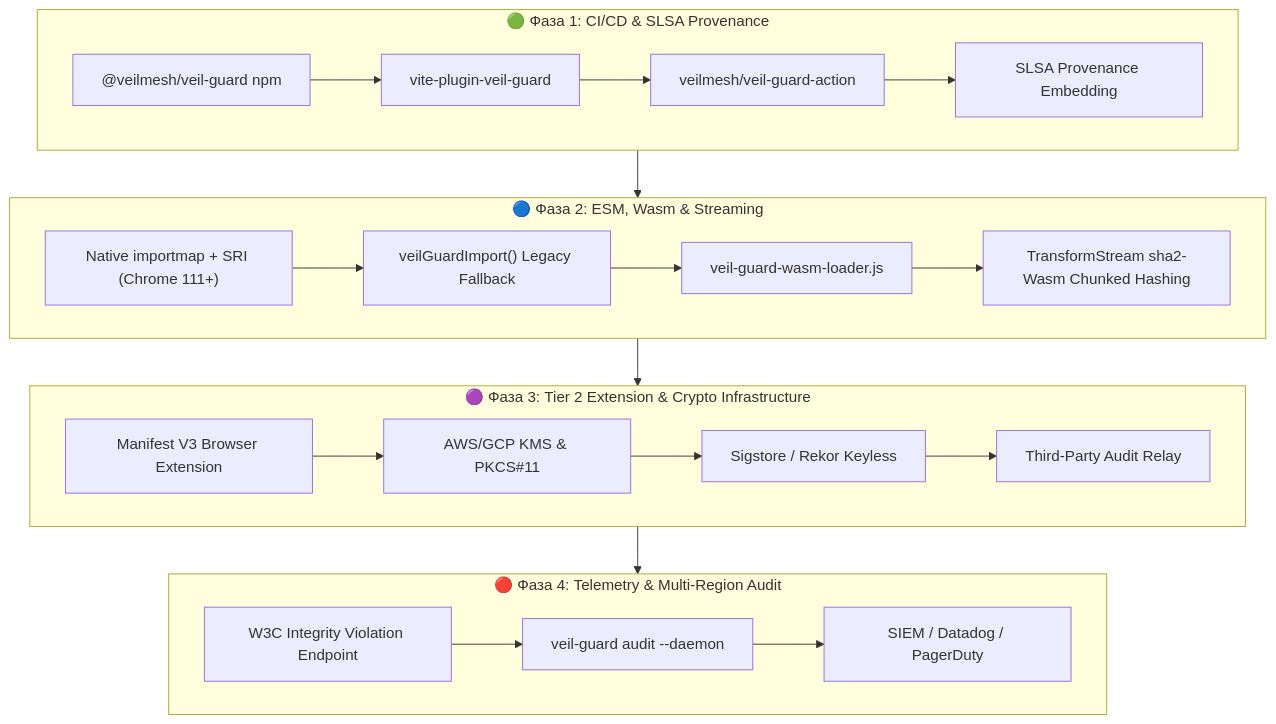
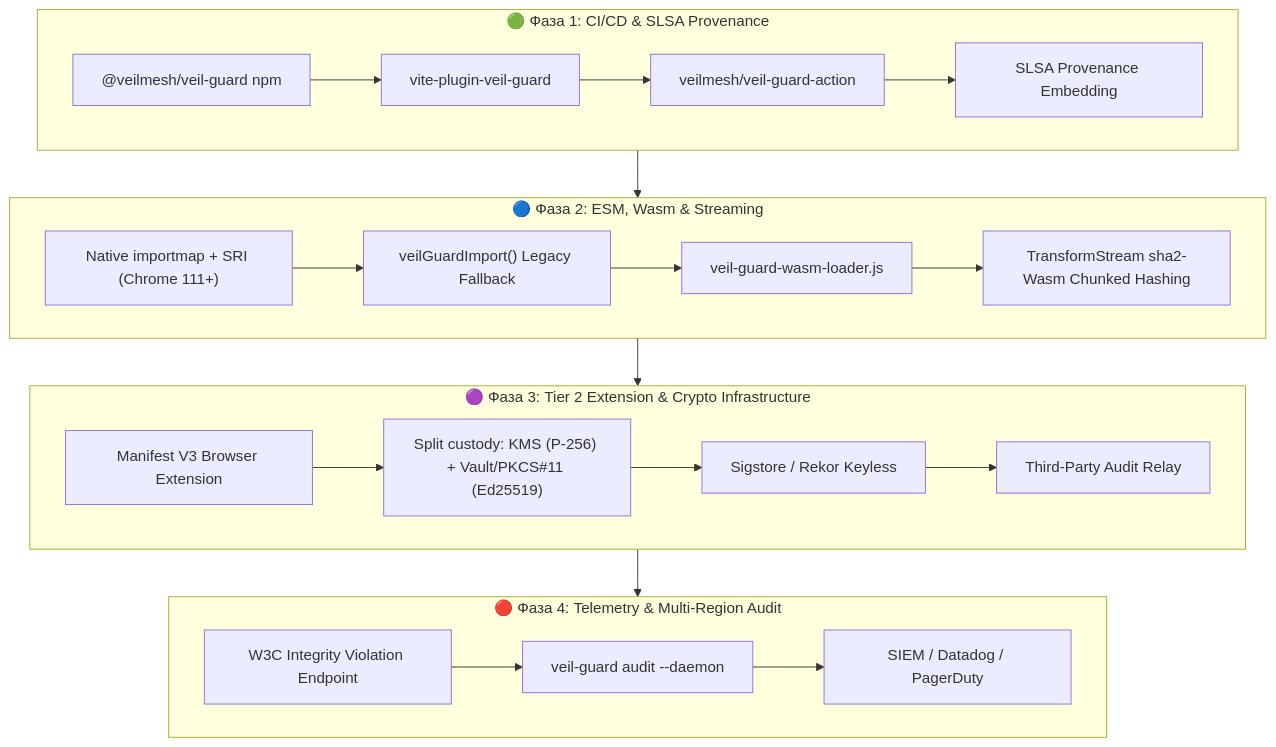
Before and after one commit to veilmesh/veil-guard: the diagram in ROADMAP.md, drawn with Mermaid. The commit also changed other lines of this file and 11 other files, not shown here.

Commit message:
feat: implement SLSA provenance embedding and remote AWS/GCP KMS key signing support (Phase 1)

````diff
--- a/ROADMAP.md
+++ b/ROADMAP.md
@@ -12,27 +19,27 @@
 ```mermaid
 flowchart TD
     subgraph Phase1["🟢 Фаза 1: CI/CD & SLSA Provenance"]
         P1_1["@veilmesh/veil-guard npm"] --> P1_2["vite-plugin-veil-guard"]
         P1_2 --> P1_3["veilmesh/veil-guard-action"]
         P1_3 --> P1_4["SLSA Provenance Embedding"]
     end
 
     subgraph Phase2["🔵 Фаза 2: ESM, Wasm & Streaming"]
         P2_1["Native importmap + SRI (Chrome 111+)"] --> P2_2["veilGuardImport() Legacy Fallback"]
         P2_2 --> P2_3["veil-guard-wasm-loader.js"]
         P2_3 --> P2_4["TransformStream sha2-Wasm Chunked Hashing"]
     end
 
     subgraph Phase3["🟣 Фаза 3: Tier 2 Extension & Crypto Infrastructure"]
-        P3_1["Manifest V3 Browser Extension"] --> P3_2["AWS/GCP KMS & PKCS#11"]
+        P3_1["Manifest V3 Browser Extension"] --> P3_2["Split custody: KMS (P-256) + Vault/PKCS#11 (Ed25519)"]
         P3_2 --> P3_3["Sigstore / Rekor Keyless"]
         P3_3 --> P3_4["Third-Party Audit Relay"]
     end
 
     subgraph Phase4["🔴 Фаза 4: Telemetry & Multi-Region Audit"]
         P4_1["W3C Integrity Violation Endpoint"] --> P4_2["veil-guard audit --daemon"]
         P4_2 --> P4_3["SIEM / Datadog / PagerDuty"]
     end
 
     Phase1 --> Phase2 --> Phase3 --> Phase4
 ```
````
